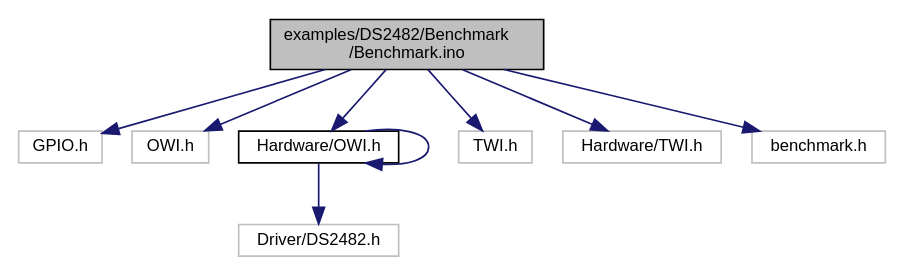
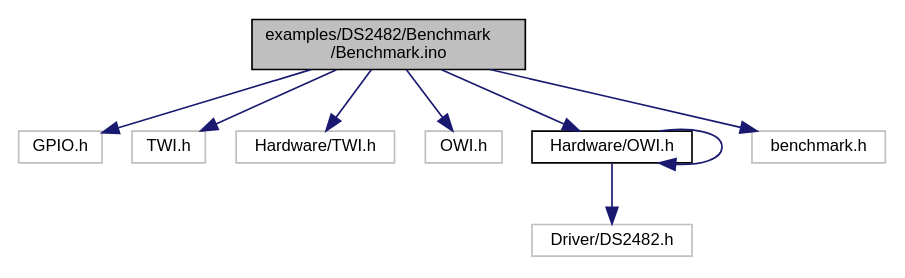
One commit to mikaelpatel/mikaelpatel.github.io changed the diagram in Arduino-OWI/d9/d50/DS2482_2Benchmark_2Benchmark_8ino__incl.dot. Above: the diagram before and after it, drawn with Graphviz. The commit also changed 128 other files, not shown here.

```diff
--- a/Arduino-OWI/d9/d50/DS2482_2Benchmark_2Benchmark_8ino__incl.dot
+++ b/Arduino-OWI/d9/d50/DS2482_2Benchmark_2Benchmark_8ino__incl.dot
@@ -1,21 +1,21 @@
 digraph "examples/DS2482/Benchmark/Benchmark.ino"
 {
   edge [fontname="Helvetica",fontsize="10",labelfontname="Helvetica",labelfontsize="10"];
   node [fontname="Helvetica",fontsize="10",shape=record];
   Node1 [label="examples/DS2482/Benchmark\l/Benchmark.ino",height=0.2,width=0.4,color="black", fillcolor="grey75", style="filled", fontcolor="black"];
   Node1 -> Node2 [color="midnightblue",fontsize="10",style="solid",fontname="Helvetica"];
   Node2 [label="GPIO.h",height=0.2,width=0.4,color="grey75", fillcolor="white", style="filled"];
   Node1 -> Node3 [color="midnightblue",fontsize="10",style="solid",fontname="Helvetica"];
-  Node3 [label="OWI.h",height=0.2,width=0.4,color="grey75", fillcolor="white", style="filled"];
+  Node3 [label="TWI.h",height=0.2,width=0.4,color="grey75", fillcolor="white", style="filled"];
   Node1 -> Node4 [color="midnightblue",fontsize="10",style="solid",fontname="Helvetica"];
-  Node4 [label="Hardware/OWI.h",height=0.2,width=0.4,color="black", fillcolor="white", style="filled",URL="$dc/dfe/Hardware_2OWI_8h.html"];
-  Node4 -> Node4 [color="midnightblue",fontsize="10",style="solid",fontname="Helvetica"];
-  Node4 -> Node5 [color="midnightblue",fontsize="10",style="solid",fontname="Helvetica"];
-  Node5 [label="Driver/DS2482.h",height=0.2,width=0.4,color="grey75", fillcolor="white", style="filled"];
+  Node4 [label="Hardware/TWI.h",height=0.2,width=0.4,color="grey75", fillcolor="white", style="filled"];
+  Node1 -> Node5 [color="midnightblue",fontsize="10",style="solid",fontname="Helvetica"];
+  Node5 [label="OWI.h",height=0.2,width=0.4,color="grey75", fillcolor="white", style="filled"];
   Node1 -> Node6 [color="midnightblue",fontsize="10",style="solid",fontname="Helvetica"];
-  Node6 [label="TWI.h",height=0.2,width=0.4,color="grey75", fillcolor="white", style="filled"];
-  Node1 -> Node7 [color="midnightblue",fontsize="10",style="solid",fontname="Helvetica"];
-  Node7 [label="Hardware/TWI.h",height=0.2,width=0.4,color="grey75", fillcolor="white", style="filled"];
+  Node6 [label="Hardware/OWI.h",height=0.2,width=0.4,color="black", fillcolor="white", style="filled",URL="$dc/dfe/Hardware_2OWI_8h.html"];
+  Node6 -> Node6 [color="midnightblue",fontsize="10",style="solid",fontname="Helvetica"];
+  Node6 -> Node7 [color="midnightblue",fontsize="10",style="solid",fontname="Helvetica"];
+  Node7 [label="Driver/DS2482.h",height=0.2,width=0.4,color="grey75", fillcolor="white", style="filled"];
   Node1 -> Node8 [color="midnightblue",fontsize="10",style="solid",fontname="Helvetica"];
   Node8 [label="benchmark.h",height=0.2,width=0.4,color="grey75", fillcolor="white", style="filled"];
 }
```
